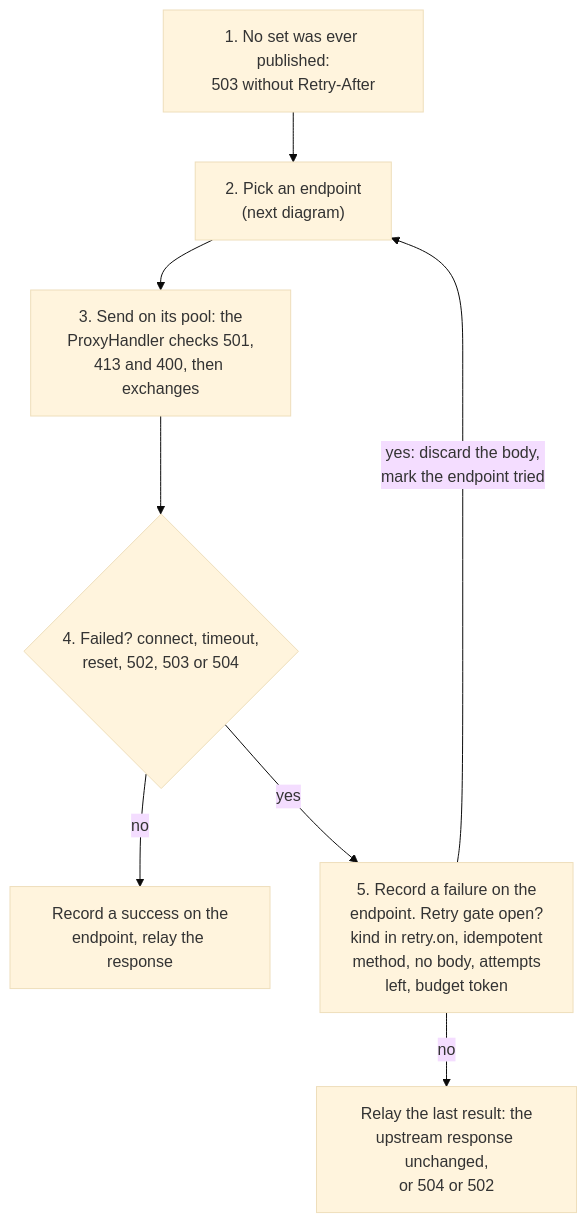
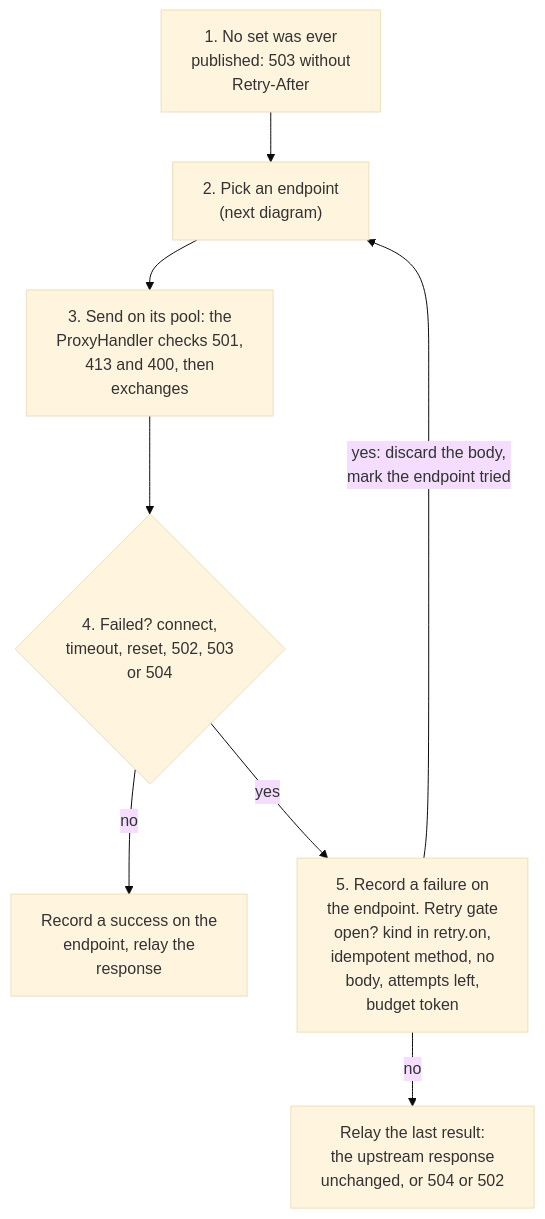
The first of 3 diagrams in docs/ha/discovery.md (BlivionIaG/sjws_nettask), drawn with Mermaid (base theme) before and after one commit. The commit also changed other lines of this file and 19 other files, not shown here.

First line of the commit message:
docs: fix the diagrams the fact-check found imprecise

````diff
--- a/docs/ha/discovery.md
+++ b/docs/ha/discovery.md
@@ -55,10 +56,10 @@
 ```mermaid
 flowchart TD
-    s1["1. No set was ever published:<br/>503 without Retry-After"] --> s2["2. Pick an endpoint<br/>(next diagram)"]
-    s2 --> s3["3. Send on its pool: the<br/>ProxyHandler checks 501,<br/>413 and 400, then exchanges"]
-    s3 --> s4{"4. Failed? connect, timeout,<br/>reset, 502, 503 or 504"}
-    s4 -->|no| ok["Record a success on the<br/>endpoint, relay the response"]
-    s4 -->|yes| s5["5. Record a failure on the<br/>endpoint. Retry gate open?<br/>kind in retry.on, idempotent<br/>method, no body, attempts<br/>left, budget token"]
+    s1["1. No set was ever<br/>published: 503 without<br/>Retry-After"] --> s2["2. Pick an endpoint<br/>(next diagram)"]
+    s2 --> s3["3. Send on its pool: the<br/>ProxyHandler checks 501,<br/>413 and 400, then<br/>exchanges"]
+    s3 --> s4{"4. Failed? connect,<br/>timeout, reset, 502, 503<br/>or 504"}
+    s4 -->|no| ok["Record a success on the<br/>endpoint, relay the<br/>response"]
+    s4 -->|yes| s5["5. Record a failure on<br/>the endpoint. Retry gate<br/>open? kind in retry.on,<br/>idempotent method, no<br/>body, attempts left,<br/>budget token"]
     s5 -->|"yes: discard the body,<br/>mark the endpoint tried"| s2
-    s5 -->|no| last["Relay the last result: the<br/>upstream response unchanged,<br/>or 504 or 502"]
+    s5 -->|no| last["Relay the last result:<br/>the upstream response<br/>unchanged, or 504 or 502"]
 ```
````
